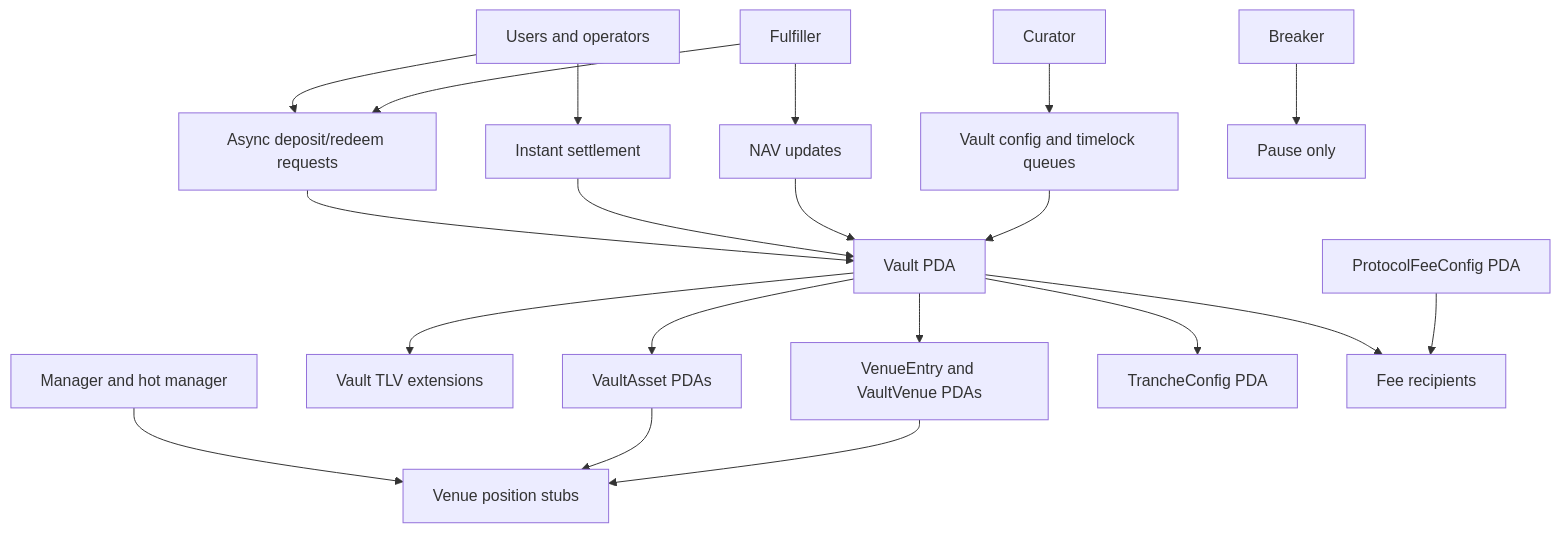
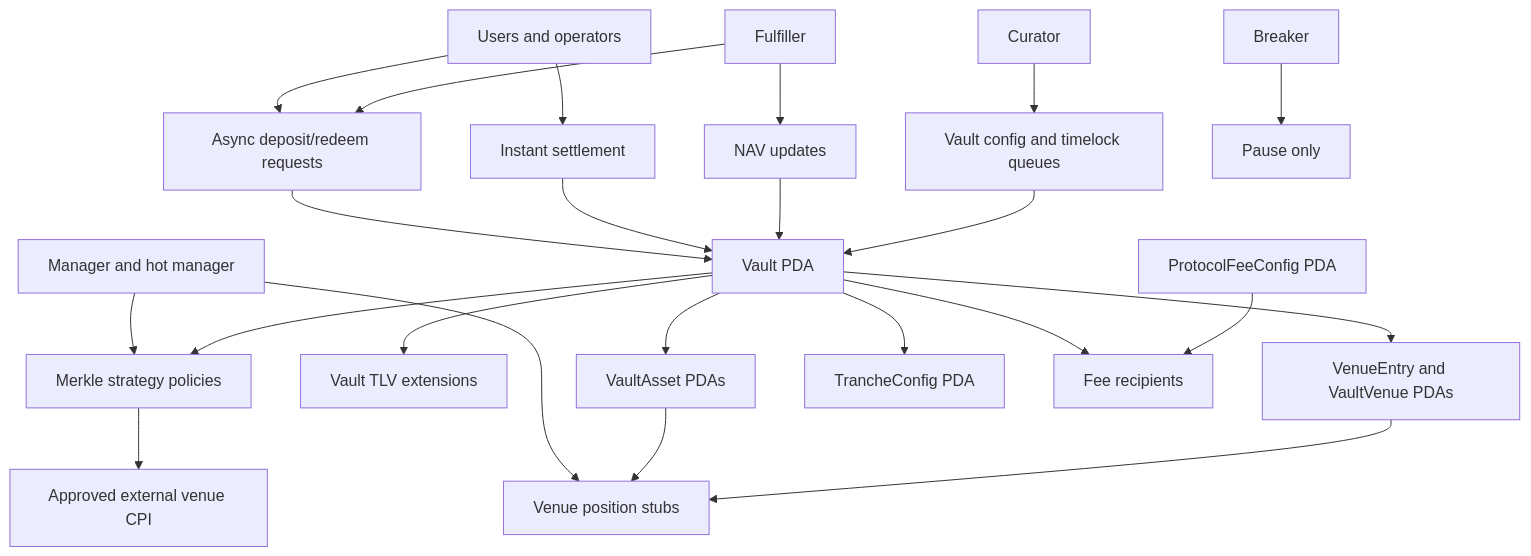
Before and after one commit to yashhsm/solana-vault-v2: the diagram in README.md, drawn with Mermaid. The commit also changed other lines of this file and 39 other files, not shown here.

First line of the commit message:
Add extensible Merkle strategy policies (#18)

````diff
--- a/README.md
+++ b/README.md
@@ -87,26 +89,29 @@
 ```mermaid
 flowchart TD
     User[Users and operators] --> Requests[Async deposit/redeem requests]
     User --> Instant[Instant settlement]
 
     Curator[Curator] --> Config[Vault config and timelock queues]
     Fulfiller[Fulfiller] --> Requests
     Fulfiller --> NAV[NAV updates]
     Breaker[Breaker] --> Pause[Pause only]
-    Manager[Manager and hot manager] --> Positions[Venue position stubs]
+    Manager[Manager and hot manager] --> Policies[Merkle strategy policies]
+    Manager --> Positions[Venue position stubs]
 
     Requests --> Vault[Vault PDA]
     Instant --> Vault
     NAV --> Vault
     Config --> Vault
 
     Vault --> TLV[Vault TLV extensions]
     Vault --> Assets[VaultAsset PDAs]
     Vault --> Venues[VenueEntry and VaultVenue PDAs]
+    Vault --> Policies
     Vault --> Tranches[TrancheConfig PDA]
     Vault --> Fees[Fee recipients]
     ProtocolConfig[ProtocolFeeConfig PDA] --> Fees
 
     Assets --> Positions
     Venues --> Positions
+    Policies --> External[Approved external venue CPI]
 ```
````
